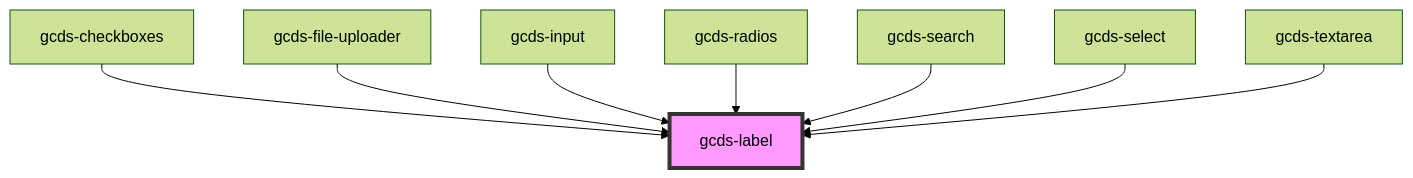
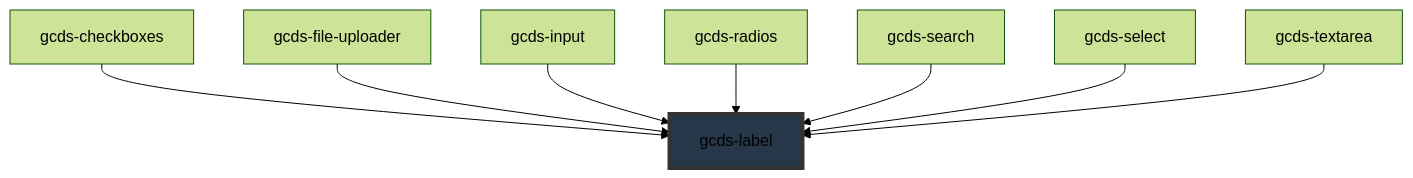
Before and after one commit to cds-snc/gcds-components: the diagram in packages/web/src/components/gcds-label/readme.md, drawn with Mermaid (forest theme). The commit also changed other lines of this file and 44 other files, not shown here.

````diff
--- a/packages/web/src/components/gcds-label/readme.md
+++ b/packages/web/src/components/gcds-label/readme.md
@@ -31,11 +38,11 @@
 ```mermaid
 graph TD;
   gcds-checkboxes --> gcds-label
   gcds-file-uploader --> gcds-label
   gcds-input --> gcds-label
   gcds-radios --> gcds-label
   gcds-search --> gcds-label
   gcds-select --> gcds-label
   gcds-textarea --> gcds-label
-  style gcds-label fill:#f9f,stroke:#333,stroke-width:4px
+  style gcds-label fill:#26374a,stroke:#333,stroke-width:4px
 ```
````
